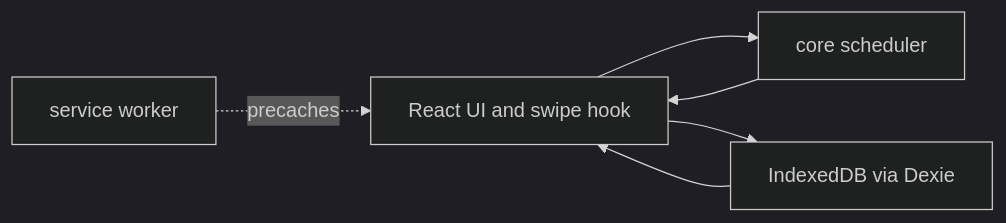
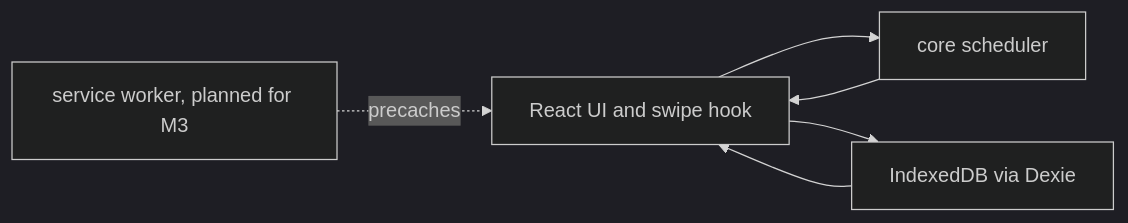
One commit to Lydia-ivee/flagmania changed the diagram in README.md. Above: the diagram before and after it, drawn with Mermaid (dark theme). The commit also changed other lines of this file, not shown here.

````diff
--- a/README.md
+++ b/README.md
@@ -89,8 +91,8 @@
 ```mermaid
 flowchart LR
   UI[React UI and swipe hook] --> CORE[core scheduler]
   CORE --> UI
   UI --> ST[IndexedDB via Dexie]
   ST --> UI
-  SW[service worker] -.precaches.-> UI
+  SW[service worker, planned for M3] -.precaches.-> UI
 ```
````
